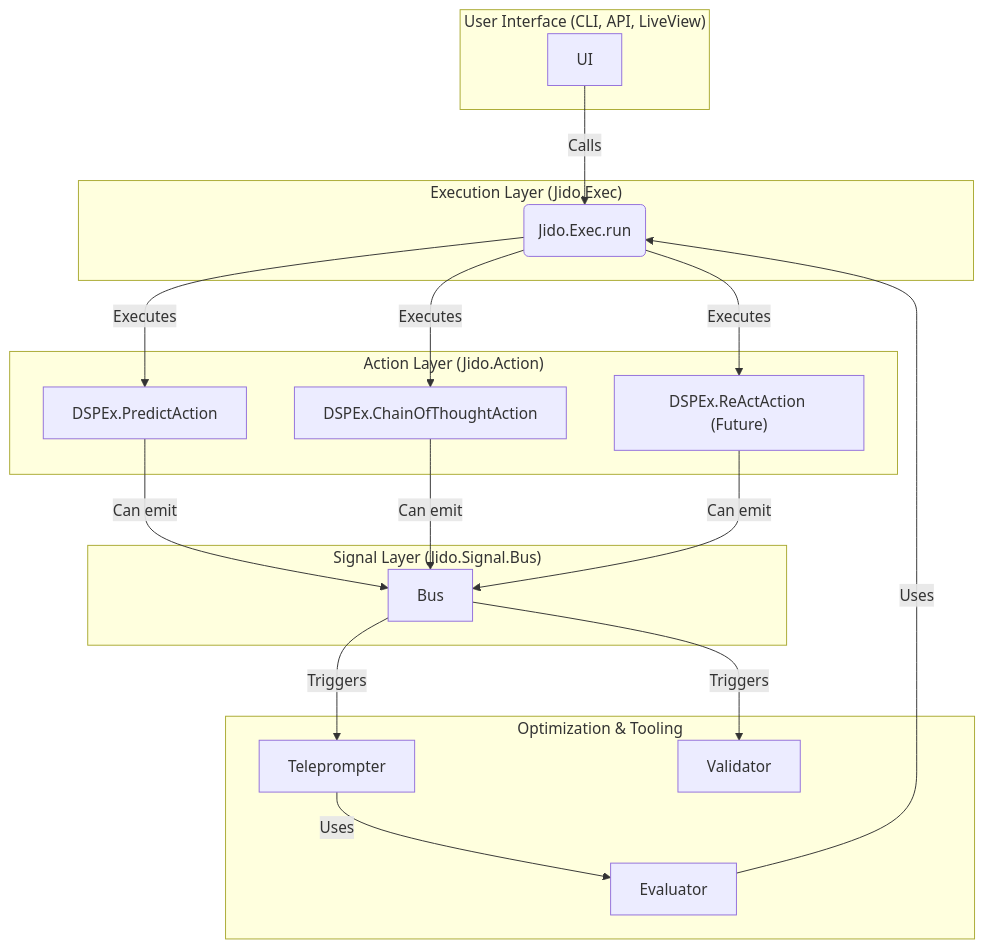
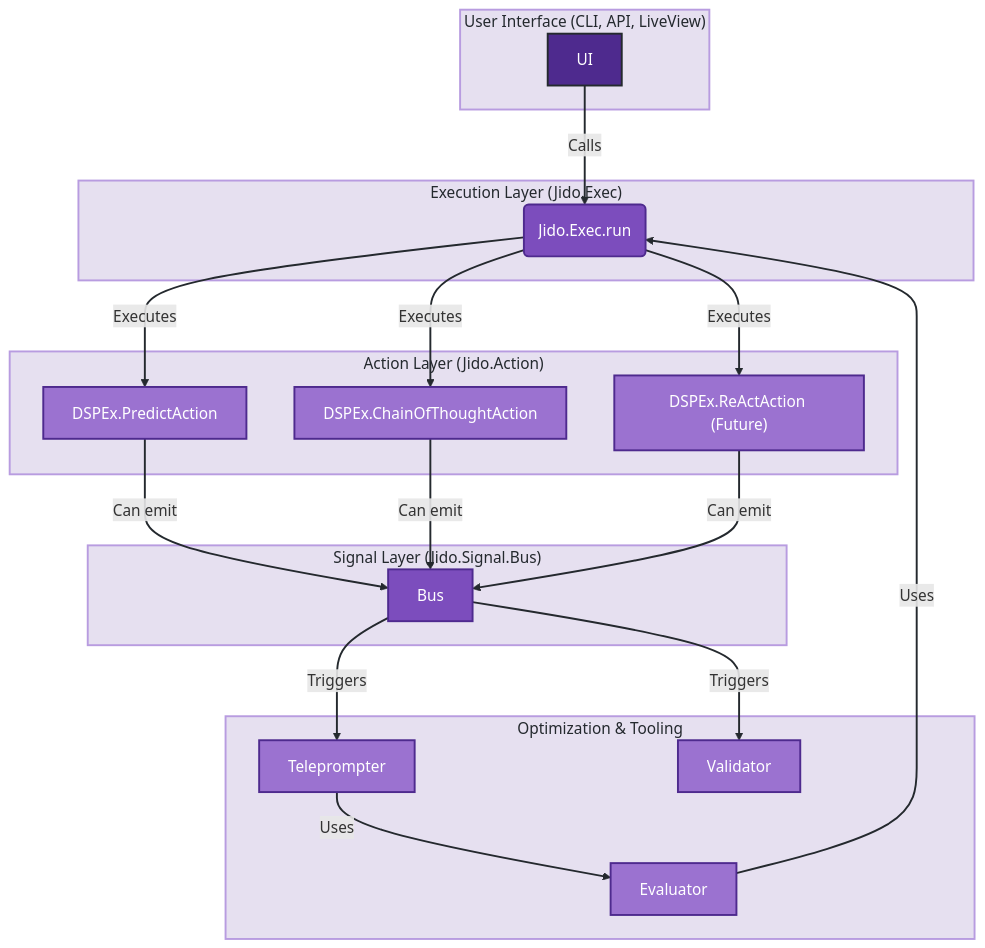
The second of 2 diagrams in JIDO_ACTION_SIGNAL_INTEGRATION.md (nshkrdotcom/ds_ex), drawn with Mermaid before and after one commit. The commit also changed other lines of this file and 3 other files, not shown here.

````diff
--- a/JIDO_ACTION_SIGNAL_INTEGRATION.md
+++ b/JIDO_ACTION_SIGNAL_INTEGRATION.md
@@ -185,41 +204,60 @@
 ```mermaid
 graph TD
-    subgraph UserInterface["User Interface (CLI, API, LiveView)"]
+    subgraph UserInterface["User&nbsp;Interface&nbsp;(CLI,&nbsp;API,&nbsp;LiveView)"]
         UI
     end
     
-    subgraph ExecutionLayer["Execution Layer (Jido.Exec)"]
+    subgraph ExecutionLayer["Execution&nbsp;Layer&nbsp;(Jido.Exec)"]
         Executor("Jido.Exec.run")
     end
 
-    subgraph ActionLayer["Action Layer (Jido.Action)"]
+    subgraph ActionLayer["Action&nbsp;Layer&nbsp;(Jido.Action)"]
         Predict["DSPEx.PredictAction"]
         Chain["DSPEx.ChainOfThoughtAction"]
         React["DSPEx.ReActAction (Future)"]
     end
 
-    subgraph SignalLayer["Signal Layer (Jido.Signal.Bus)"]
+    subgraph SignalLayer["Signal&nbsp;Layer&nbsp;(Jido.Signal.Bus)"]
         Bus
     end
 
     subgraph Tooling["Optimization & Tooling"]
         Teleprompter
         Validator
         Evaluator
     end
 
     UI -- "Calls" --> Executor
     Executor -- "Executes" --> Predict
     Executor -- "Executes" --> Chain
     Executor -- "Executes" --> React
 
     Predict -- "Can emit" --> Bus
     Chain -- "Can emit" --> Bus
     React -- "Can emit" --> Bus
 
     Bus -- "Triggers" --> Teleprompter
     Bus -- "Triggers" --> Validator
     
     Teleprompter -- "Uses" --> Evaluator
     Evaluator -- "Uses" --> Executor
+
+    %% Elixir-inspired styling
+    classDef userLayer fill:#4e2a8e,stroke:#24292e,stroke-width:2px,color:#fff
+    classDef coreAbstraction fill:#7c4dbd,stroke:#4e2a8e,stroke-width:2px,color:#fff
+    classDef keyModule fill:#9b72d0,stroke:#4e2a8e,stroke-width:2px,color:#fff
+    classDef clientLayer fill:#b89ce0,stroke:#4e2a8e,stroke-width:2px,color:#24292e
+    classDef serviceLayer fill:#d4c5ec,stroke:#4e2a8e,stroke-width:1px,color:#24292e
+    classDef externalSystem fill:#f5f5f5,stroke:#666,stroke-width:1px,color:#24292e
+    classDef adapter fill:#fdfbf7,stroke:#4e2a8e,stroke-width:2px,color:#24292e
+    classDef subgraphTitleTop fill:#e6e0f0,stroke:#b89ce0,stroke-width:2px,color:#24292e
+    classDef subgraphTitleNested fill:#f2f0f7,stroke:#d4c5ec,stroke-width:1px,color:#24292e
+
+    class UI userLayer
+    class Bus,Executor coreAbstraction
+    class Predict,Chain,React,Teleprompter,Validator,Evaluator keyModule
+    class UserInterface,ExecutionLayer,ActionLayer,SignalLayer,Tooling subgraphTitleTop
+
+    %% Darker arrow styling for better visibility
+    linkStyle default stroke:#24292e,stroke-width:2px
 ```
````
